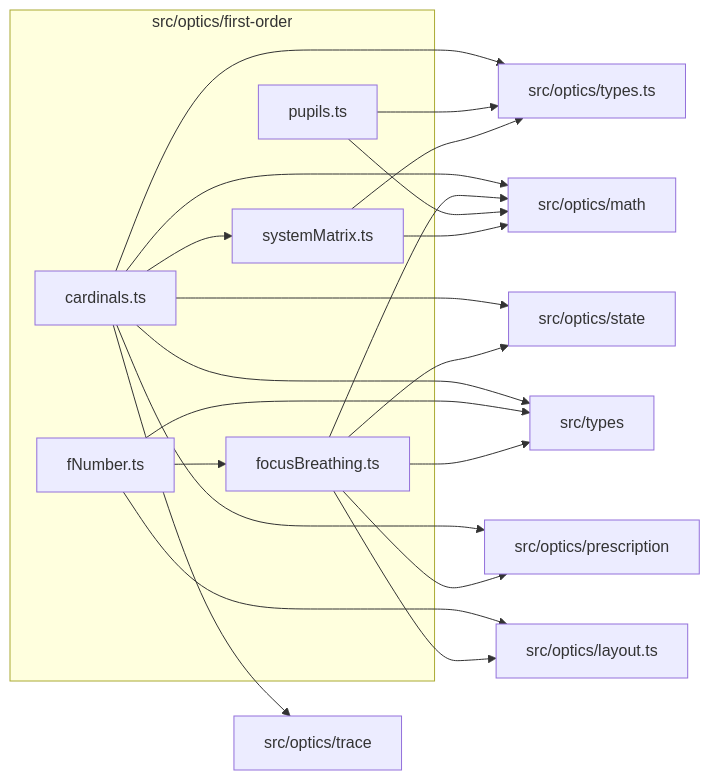
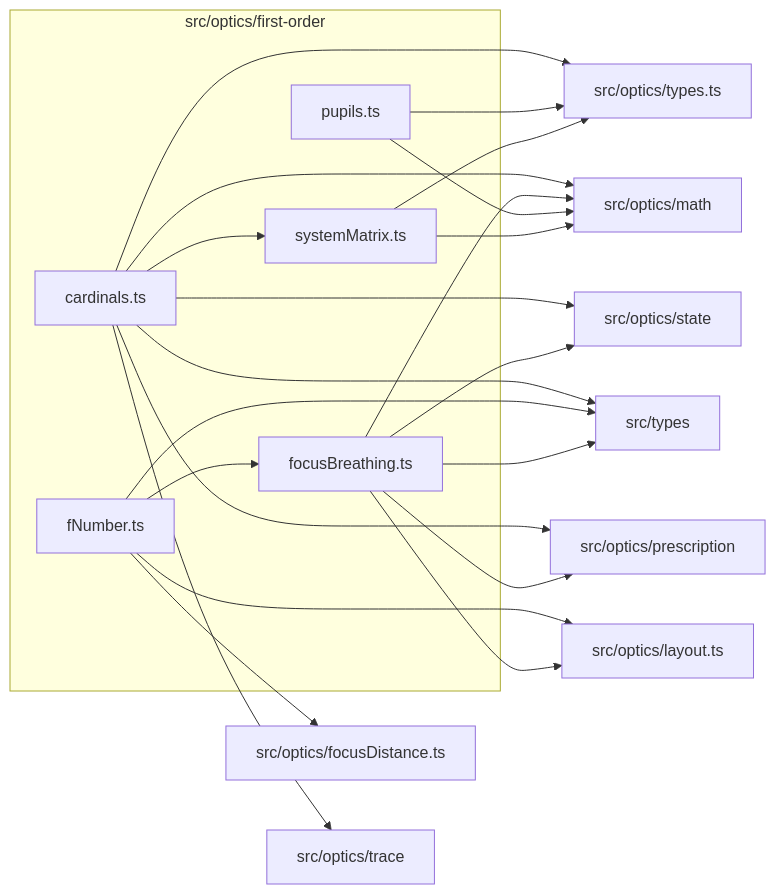
Before and after one commit to ronbuening/LensVisualizer: the diagram in src/optics/first-order/readme.md, drawn with Mermaid. The commit also changed other lines of this file and 177 other files, not shown here.

First line of the commit message:
Audit the oldest 40 lens diagrams against patents (#704)

````diff
--- a/src/optics/first-order/readme.md
+++ b/src/optics/first-order/readme.md
@@ -9,36 +9,38 @@
 ```mermaid
 flowchart LR
   subgraph n_src_optics_first_order["src/optics/first-order"]
     n_src_optics_first_order_src_optics_first_order_cardinals_ts["cardinals.ts"]
     n_src_optics_first_order_src_optics_first_order_fNumber_ts["fNumber.ts"]
     n_src_optics_first_order_src_optics_first_order_focusBreathing_ts["focusBreathing.ts"]
     n_src_optics_first_order_src_optics_first_order_pupils_ts["pupils.ts"]
     n_src_optics_first_order_src_optics_first_order_systemMatrix_ts["systemMatrix.ts"]
   end
+  n_external_src_optics_focusDistance_ts["src/optics/focusDistance.ts"]
   n_external_src_optics_layout_ts["src/optics/layout.ts"]
   n_external_src_optics_math["src/optics/math"]
   n_external_src_optics_prescription["src/optics/prescription"]
   n_external_src_optics_state["src/optics/state"]
   n_external_src_optics_trace["src/optics/trace"]
   n_external_src_optics_types_ts["src/optics/types.ts"]
   n_external_src_types["src/types"]
+  n_src_optics_first_order_src_optics_first_order_fNumber_ts --> n_external_src_optics_focusDistance_ts
   n_src_optics_first_order_src_optics_first_order_fNumber_ts --> n_external_src_optics_layout_ts
   n_src_optics_first_order_src_optics_first_order_focusBreathing_ts --> n_external_src_optics_layout_ts
   n_src_optics_first_order_src_optics_first_order_cardinals_ts --> n_external_src_optics_math
   n_src_optics_first_order_src_optics_first_order_focusBreathing_ts --> n_external_src_optics_math
   n_src_optics_first_order_src_optics_first_order_pupils_ts --> n_external_src_optics_math
   n_src_optics_first_order_src_optics_first_order_systemMatrix_ts --> n_external_src_optics_math
   n_src_optics_first_order_src_optics_first_order_cardinals_ts --> n_external_src_optics_prescription
   n_src_optics_first_order_src_optics_first_order_focusBreathing_ts --> n_external_src_optics_prescription
   n_src_optics_first_order_src_optics_first_order_cardinals_ts --> n_external_src_optics_state
   n_src_optics_first_order_src_optics_first_order_focusBreathing_ts --> n_external_src_optics_state
   n_src_optics_first_order_src_optics_first_order_cardinals_ts --> n_external_src_optics_trace
   n_src_optics_first_order_src_optics_first_order_cardinals_ts --> n_external_src_optics_types_ts
   n_src_optics_first_order_src_optics_first_order_pupils_ts --> n_external_src_optics_types_ts
   n_src_optics_first_order_src_optics_first_order_systemMatrix_ts --> n_external_src_optics_types_ts
   n_src_optics_first_order_src_optics_first_order_cardinals_ts --> n_external_src_types
   n_src_optics_first_order_src_optics_first_order_fNumber_ts --> n_external_src_types
   n_src_optics_first_order_src_optics_first_order_focusBreathing_ts --> n_external_src_types
   n_src_optics_first_order_src_optics_first_order_fNumber_ts --> n_src_optics_first_order_src_optics_first_order_focusBreathing_ts
   n_src_optics_first_order_src_optics_first_order_cardinals_ts --> n_src_optics_first_order_src_optics_first_order_systemMatrix_ts
 ```
````
